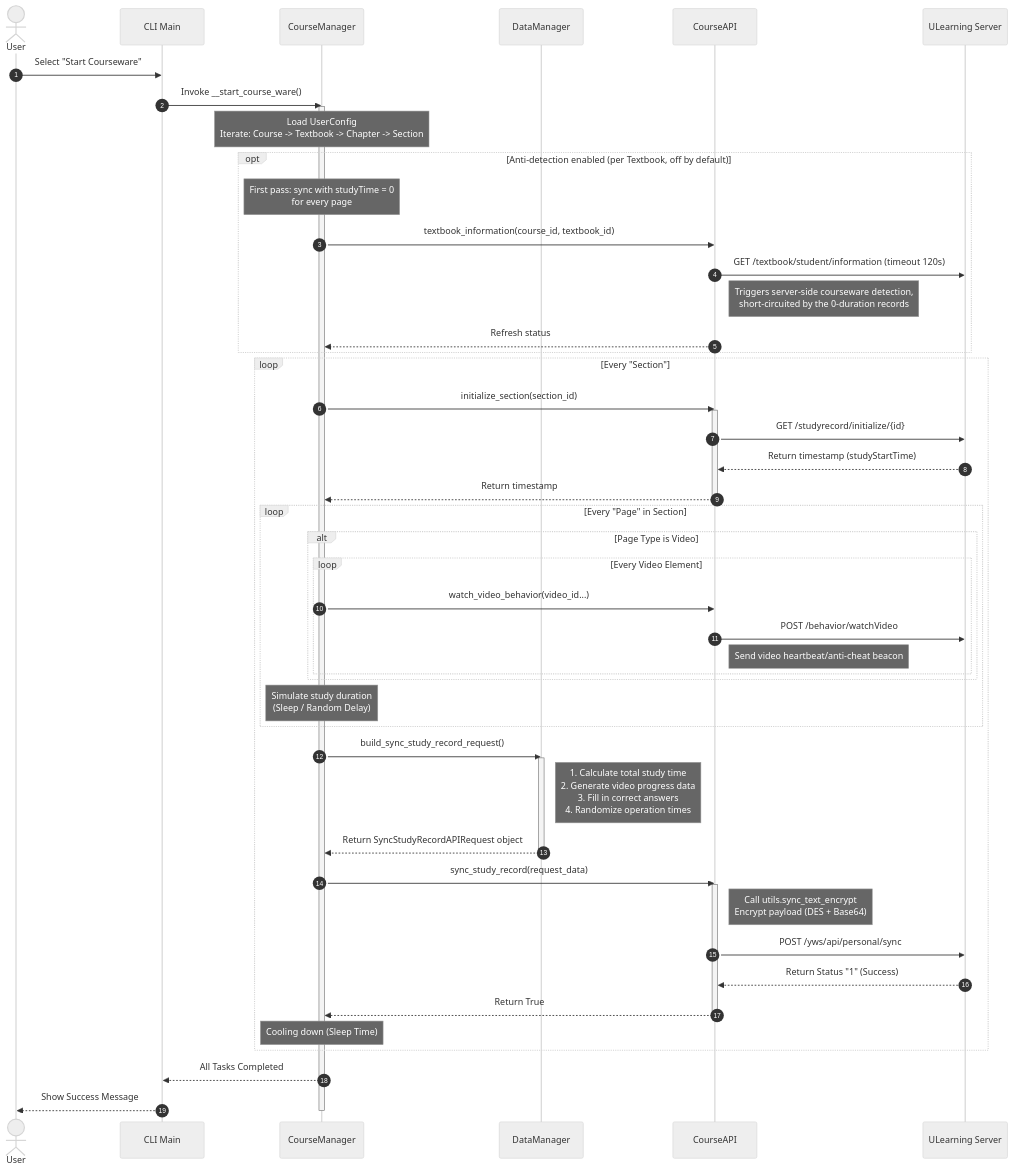
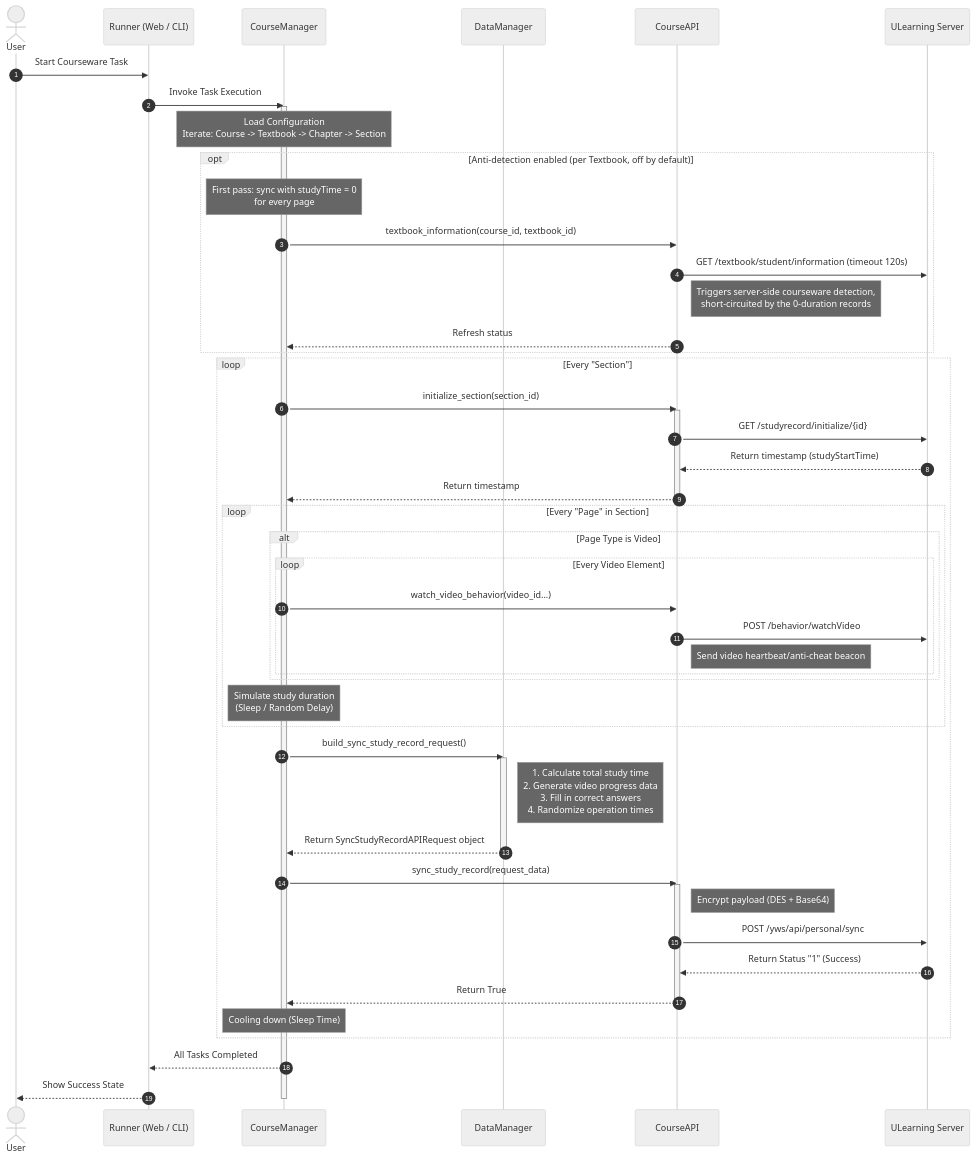
The diagram in README.en.md (ChinoKou/UCourseAuto), drawn with Mermaid (neutral theme) before and after one commit. The commit also changed other lines of this file and 1 other file, not shown here.

````diff
--- a/README.en.md
+++ b/README.en.md
@@ -106,64 +144,64 @@
 ```mermaid
 sequenceDiagram
     autonumber
     actor User
-    participant Main as CLI Main
+    participant Runner as Runner (Web / CLI)
     participant CM as CourseManager
     participant DM as DataManager
     participant API as CourseAPI
     participant Server as ULearning Server
 
-    User->>Main: Select "Start Courseware"
-    Main->>CM: Invoke __start_course_ware()
+    User->>Runner: Start Courseware Task
+    Runner->>CM: Invoke Task Execution
     activate CM
 
-    Note over CM: Load UserConfig<br/>Iterate: Course -> Textbook -> Chapter -> Section
+    Note over CM: Load Configuration<br/>Iterate: Course -> Textbook -> Chapter -> Section
 
     opt Anti-detection enabled (per Textbook, off by default)
         Note over CM: First pass: sync with studyTime = 0<br/>for every page
         CM->>API: textbook_information(course_id, textbook_id)
         API->>Server: GET /textbook/student/information (timeout 120s)
         Note right of API: Triggers server-side courseware detection,<br/>short-circuited by the 0-duration records
         API-->>CM: Refresh status
     end
 
     loop Every "Section"
         CM->>API: initialize_section(section_id)
         activate API
         API->>Server: GET /studyrecord/initialize/{id}
         Server-->>API: Return timestamp (studyStartTime)
         API-->>CM: Return timestamp
         deactivate API
 
         loop Every "Page" in Section
             alt Page Type is Video
                 loop Every Video Element
                     CM->>API: watch_video_behavior(video_id...)
                     API->>Server: POST /behavior/watchVideo
                     Note right of API: Send video heartbeat/anti-cheat beacon
                 end
             end
             Note over CM: Simulate study duration<br/>(Sleep / Random Delay)
         end
 
         CM->>DM: build_sync_study_record_request()
         activate DM
         Note right of DM: 1. Calculate total study time<br/>2. Generate video progress data<br/>3. Fill in correct answers<br/>4. Randomize operation times
         DM-->>CM: Return SyncStudyRecordAPIRequest object
         deactivate DM
 
         CM->>API: sync_study_record(request_data)
         activate API
-        Note right of API: Call utils.sync_text_encrypt<br/>Encrypt payload (DES + Base64)
+        Note right of API: Encrypt payload (DES + Base64)
         API->>Server: POST /yws/api/personal/sync
         Server-->>API: Return Status "1" (Success)
         API-->>CM: Return True
         deactivate API
 
         Note over CM: Cooling down (Sleep Time)
     end
 
-    CM-->>Main: All Tasks Completed
-    Main-->>User: Show Success Message
+    CM-->>Runner: All Tasks Completed
+    Runner-->>User: Show Success State
     deactivate CM
 ```
````
